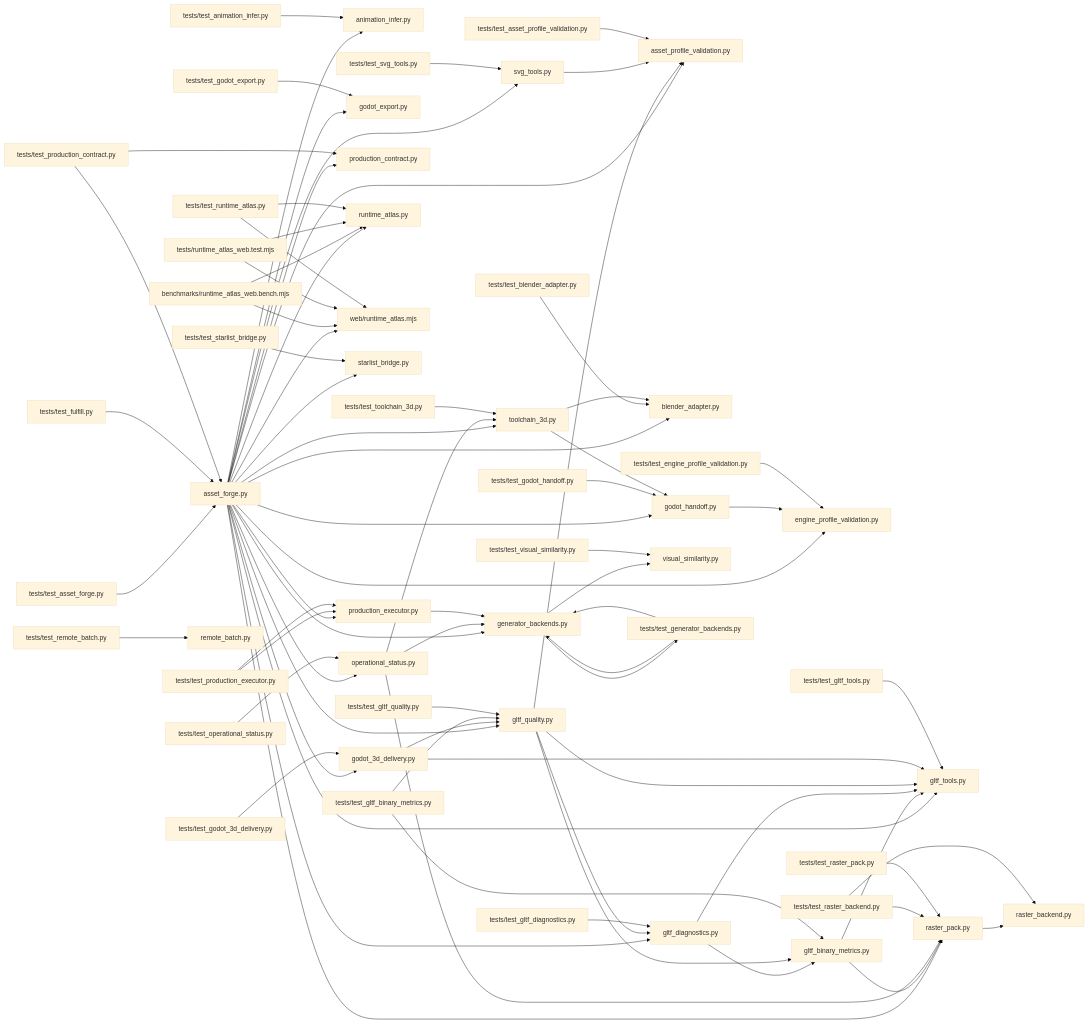
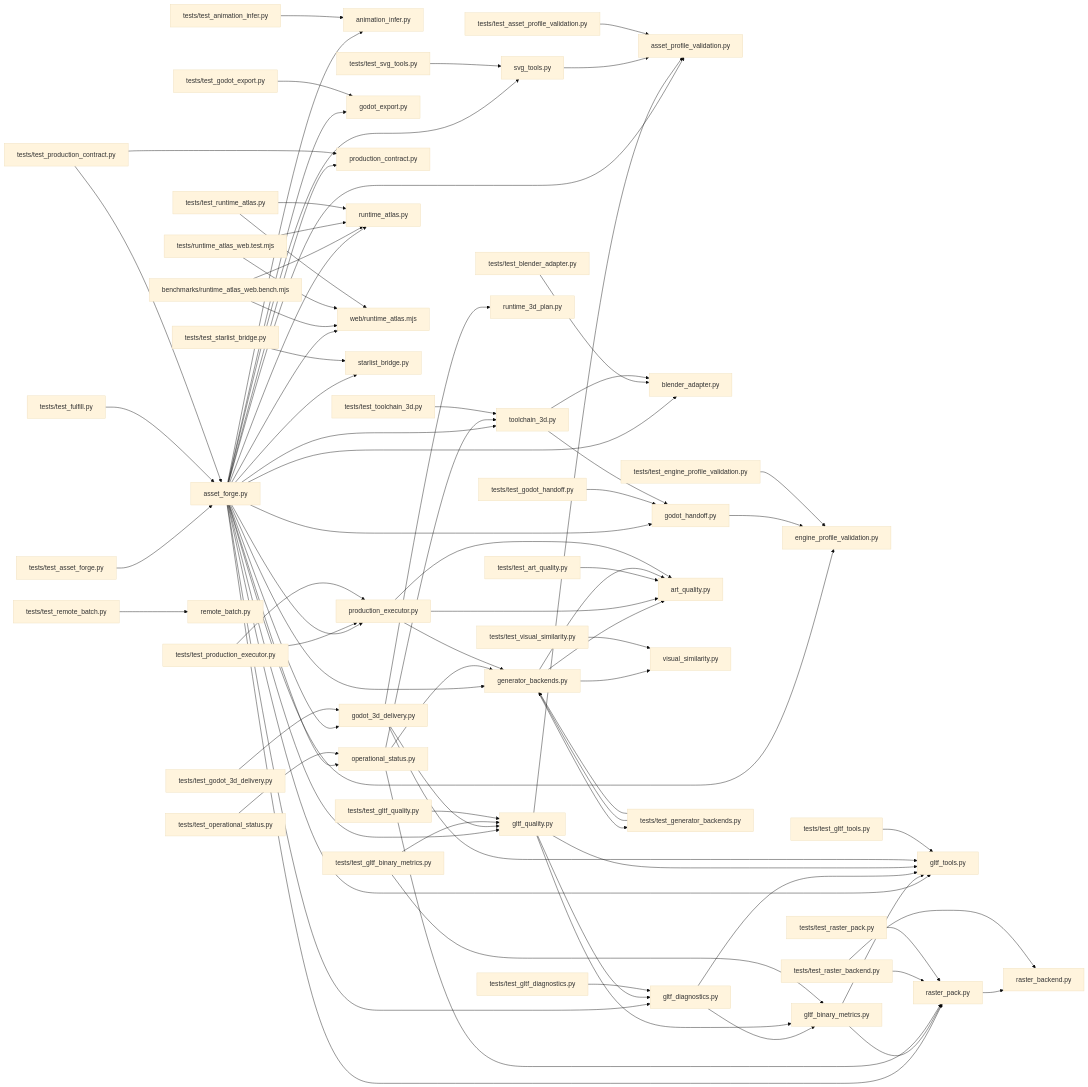
The diagram in .ai/brain/architecture.mmd (dbrckk/asset-forge), drawn with Mermaid (base theme) before and after one commit. The commit also changed 90 other files, not shown here.

```diff
--- a/.ai/brain/architecture.mmd
+++ b/.ai/brain/architecture.mmd
@@ -1,77 +1,83 @@
 flowchart LR
   nf6aaebdb60["asset_forge.py"] --> na6af60504f["animation_infer.py"]
   nf6aaebdb60["asset_forge.py"] --> n0b538ad53a["asset_profile_validation.py"]
   nf6aaebdb60["asset_forge.py"] --> n53f8241bed["blender_adapter.py"]
   nf6aaebdb60["asset_forge.py"] --> n6c970becb0["engine_profile_validation.py"]
   nf6aaebdb60["asset_forge.py"] --> n628d7e8336["generator_backends.py"]
   nf6aaebdb60["asset_forge.py"] --> n75933d141d["gltf_diagnostics.py"]
   nf6aaebdb60["asset_forge.py"] --> n40671eb73f["gltf_quality.py"]
   nf6aaebdb60["asset_forge.py"] --> n603af8be95["gltf_tools.py"]
   nf6aaebdb60["asset_forge.py"] --> n19f6cc30a2["godot_3d_delivery.py"]
   nf6aaebdb60["asset_forge.py"] --> nf513c6f74a["godot_export.py"]
   nf6aaebdb60["asset_forge.py"] --> n4ac24c4308["godot_handoff.py"]
   nf6aaebdb60["asset_forge.py"] --> n8e6c2af7cd["operational_status.py"]
   nf6aaebdb60["asset_forge.py"] --> n053badf172["production_contract.py"]
   nf6aaebdb60["asset_forge.py"] --> nd2e1f874ab["production_executor.py"]
   nf6aaebdb60["asset_forge.py"] --> n812f5d6cd8["raster_pack.py"]
   nf6aaebdb60["asset_forge.py"] --> n5b9c1dbfe7["runtime_atlas.py"]
   nf6aaebdb60["asset_forge.py"] --> nbf71796fb5["web/runtime_atlas.mjs"]
   nf6aaebdb60["asset_forge.py"] --> n60f2773fae["starlist_bridge.py"]
   nf6aaebdb60["asset_forge.py"] --> nd1a9eb18f4["svg_tools.py"]
   nf6aaebdb60["asset_forge.py"] --> n9f52789201["toolchain_3d.py"]
   nf1083f5ce7["benchmarks/runtime_atlas_web.bench.mjs"] --> n5b9c1dbfe7["runtime_atlas.py"]
   nf1083f5ce7["benchmarks/runtime_atlas_web.bench.mjs"] --> nbf71796fb5["web/runtime_atlas.mjs"]
+  n628d7e8336["generator_backends.py"] --> n8d2c947be9["art_quality.py"]
   n628d7e8336["generator_backends.py"] --> n138016621f["visual_similarity.py"]
   nf2ad6ffaad["gltf_binary_metrics.py"] --> n603af8be95["gltf_tools.py"]
   nf2ad6ffaad["gltf_binary_metrics.py"] --> n812f5d6cd8["raster_pack.py"]
   n75933d141d["gltf_diagnostics.py"] --> nf2ad6ffaad["gltf_binary_metrics.py"]
   n75933d141d["gltf_diagnostics.py"] --> n603af8be95["gltf_tools.py"]
   n40671eb73f["gltf_quality.py"] --> n0b538ad53a["asset_profile_validation.py"]
   n40671eb73f["gltf_quality.py"] --> nf2ad6ffaad["gltf_binary_metrics.py"]
   n40671eb73f["gltf_quality.py"] --> n75933d141d["gltf_diagnostics.py"]
   n40671eb73f["gltf_quality.py"] --> n603af8be95["gltf_tools.py"]
   n19f6cc30a2["godot_3d_delivery.py"] --> n40671eb73f["gltf_quality.py"]
   n19f6cc30a2["godot_3d_delivery.py"] --> n603af8be95["gltf_tools.py"]
+  n19f6cc30a2["godot_3d_delivery.py"] --> n380cc2f323["runtime_3d_plan.py"]
   n4ac24c4308["godot_handoff.py"] --> n6c970becb0["engine_profile_validation.py"]
   n8e6c2af7cd["operational_status.py"] --> n628d7e8336["generator_backends.py"]
   n8e6c2af7cd["operational_status.py"] --> n812f5d6cd8["raster_pack.py"]
   n8e6c2af7cd["operational_status.py"] --> n9f52789201["toolchain_3d.py"]
+  nd2e1f874ab["production_executor.py"] --> n8d2c947be9["art_quality.py"]
   nd2e1f874ab["production_executor.py"] --> n628d7e8336["generator_backends.py"]
   n812f5d6cd8["raster_pack.py"] --> n1f573e1b00["raster_backend.py"]
   nd1a9eb18f4["svg_tools.py"] --> n0b538ad53a["asset_profile_validation.py"]
   n6d6a7f3f5f["tests/runtime_atlas_web.test.mjs"] --> n5b9c1dbfe7["runtime_atlas.py"]
   n6d6a7f3f5f["tests/runtime_atlas_web.test.mjs"] --> nbf71796fb5["web/runtime_atlas.mjs"]
   ndd9a4fb45c["tests/test_animation_infer.py"] --> na6af60504f["animation_infer.py"]
+  nd3b6d2e9bf["tests/test_art_quality.py"] --> n8d2c947be9["art_quality.py"]
   na7d4387d3f["tests/test_asset_forge.py"] --> nf6aaebdb60["asset_forge.py"]
   necd522caf1["tests/test_asset_profile_validation.py"] --> n0b538ad53a["asset_profile_validation.py"]
   n0b5e01c792["tests/test_blender_adapter.py"] --> n53f8241bed["blender_adapter.py"]
   n69f8299d4b["tests/test_engine_profile_validation.py"] --> n6c970becb0["engine_profile_validation.py"]
   n8020ce18e3["tests/test_fulfill.py"] --> nf6aaebdb60["asset_forge.py"]
   n3669c12588["tests/test_generator_backends.py"] --> n628d7e8336["generator_backends.py"]
   nd70a422de4["tests/test_gltf_binary_metrics.py"] --> nf2ad6ffaad["gltf_binary_metrics.py"]
   nd70a422de4["tests/test_gltf_binary_metrics.py"] --> n40671eb73f["gltf_quality.py"]
   nfb115d84b9["tests/test_gltf_diagnostics.py"] --> n75933d141d["gltf_diagnostics.py"]
   n9879eb7c58["tests/test_gltf_quality.py"] --> n40671eb73f["gltf_quality.py"]
   nbe4b566f23["tests/test_gltf_tools.py"] --> n603af8be95["gltf_tools.py"]
   n5132dff4b4["tests/test_godot_3d_delivery.py"] --> n19f6cc30a2["godot_3d_delivery.py"]
   n765e2032dc["tests/test_godot_export.py"] --> nf513c6f74a["godot_export.py"]
   n796d12e7ad["tests/test_godot_handoff.py"] --> n4ac24c4308["godot_handoff.py"]
   nae44096017["tests/test_operational_status.py"] --> n8e6c2af7cd["operational_status.py"]
   n2bf208ea95["tests/test_production_contract.py"] --> nf6aaebdb60["asset_forge.py"]
   n2bf208ea95["tests/test_production_contract.py"] --> n053badf172["production_contract.py"]
   n7bb7caee30["tests/test_production_executor.py"] --> nd2e1f874ab["production_executor.py"]
   nfa190699df["tests/test_raster_backend.py"] --> n1f573e1b00["raster_backend.py"]
   nfa190699df["tests/test_raster_backend.py"] --> n812f5d6cd8["raster_pack.py"]
   nacd4f64dad["tests/test_raster_pack.py"] --> n812f5d6cd8["raster_pack.py"]
   ncdb28658b5["tests/test_remote_batch.py"] --> nfa0ff63ea9["remote_batch.py"]
   n648bc622f8["tests/test_runtime_atlas.py"] --> n5b9c1dbfe7["runtime_atlas.py"]
   n648bc622f8["tests/test_runtime_atlas.py"] --> nbf71796fb5["web/runtime_atlas.mjs"]
   n741d12fac4["tests/test_starlist_bridge.py"] --> n60f2773fae["starlist_bridge.py"]
   n9799642b7e["tests/test_svg_tools.py"] --> nd1a9eb18f4["svg_tools.py"]
   n67da2e7cde["tests/test_toolchain_3d.py"] --> n9f52789201["toolchain_3d.py"]
   nb1c19216ea["tests/test_visual_similarity.py"] --> n138016621f["visual_similarity.py"]
   n9f52789201["toolchain_3d.py"] --> n53f8241bed["blender_adapter.py"]
   n9f52789201["toolchain_3d.py"] --> n4ac24c4308["godot_handoff.py"]
+  n628d7e8336["generator_backends.py"] --> n8d2c947be9["art_quality.py"]
+  nd2e1f874ab["production_executor.py"] --> n8d2c947be9["art_quality.py"]
   n3669c12588["tests/test_generator_backends.py"] --> n628d7e8336["generator_backends.py"]
   n7bb7caee30["tests/test_production_executor.py"] --> nd2e1f874ab["production_executor.py"]
   n628d7e8336["generator_backends.py"] --> n3669c12588["tests/test_generator_backends.py"]
```
